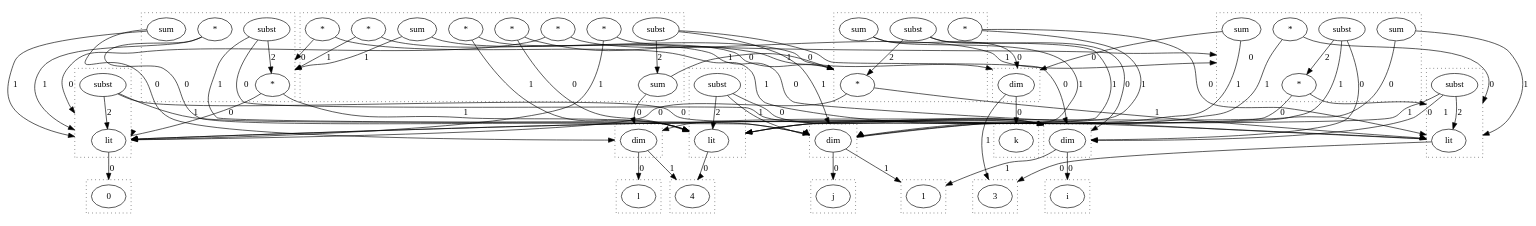
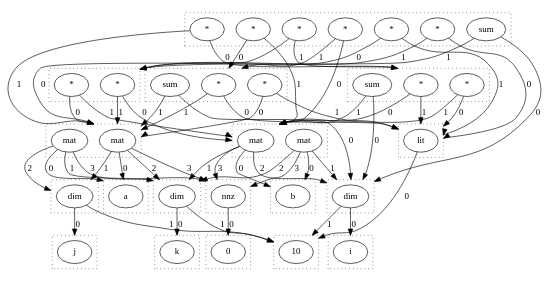
One commit to wormhole-optimization/warp changed the diagram in dots/test.dot. Above: the diagram before and after it, drawn with Graphviz. The commit also changed 8 other files, not shown here.

```diff
--- a/dots/test.dot
+++ b/dots/test.dot
@@ -1,168 +1,142 @@
 digraph {
   compound=true
   subgraph cluster_0 {
     style=dotted
-    0.0[label = "i"]
+    0.0[label = "a"]
   }
   subgraph cluster_1 {
     style=dotted
-    1.0[label = "1"]
+    1.0[label = "k"]
   }
   subgraph cluster_2 {
     style=dotted
-    2.0[label = "dim"]
+    2.0[label = "10"]
   }
   subgraph cluster_3 {
     style=dotted
-    3.0[label = "j"]
+    3.0[label = "dim"]
   }
   subgraph cluster_4 {
     style=dotted
-    4.0[label = "dim"]
+    4.0[label = "j"]
   }
   subgraph cluster_5 {
     style=dotted
-    5.0[label = "k"]
+    5.0[label = "dim"]
   }
   subgraph cluster_6 {
     style=dotted
-    6.0[label = "3"]
+    6.0[label = "0"]
   }
   subgraph cluster_7 {
     style=dotted
-    7.0[label = "dim"]
+    7.0[label = "nnz"]
   }
   subgraph cluster_8 {
     style=dotted
-    8.0[label = "l"]
+    8.0[label = "mat"]
+    8.1[label = "mat"]
   }
   subgraph cluster_9 {
     style=dotted
-    9.0[label = "4"]
+    9.0[label = "i"]
   }
   subgraph cluster_10 {
     style=dotted
     10.0[label = "dim"]
   }
   subgraph cluster_11 {
     style=dotted
-    11.0[label = "0"]
+    11.0[label = "b"]
   }
-  subgraph cluster_15 {
+  subgraph cluster_12 {
     style=dotted
-    15.0[label = "sum"]
-    15.1[label = "subst"]
-    15.2[label = "sum"]
-    15.3[label = "*"]
-    15.4[label = "*"]
-    15.5[label = "*"]
-    15.6[label = "*"]
-    15.7[label = "*"]
-    15.8[label = "*"]
+    12.0[label = "mat"]
+    12.1[label = "mat"]
+  }
+  subgraph cluster_13 {
+    style=dotted
+    13.0[label = "*"]
+    13.1[label = "sum"]
+    13.2[label = "*"]
+  }
+  subgraph cluster_14 {
+    style=dotted
+    14.0[label = "*"]
+    14.1[label = "*"]
+    14.2[label = "sum"]
+    14.3[label = "*"]
+    14.4[label = "*"]
+    14.5[label = "*"]
+    14.6[label = "*"]
   }
   subgraph cluster_18 {
     style=dotted
-    18.0[label = "*"]
-    18.1[label = "sum"]
-    18.2[label = "*"]
-    18.3[label = "subst"]
+    18.0[label = "lit"]
   }
   subgraph cluster_20 {
     style=dotted
     20.0[label = "*"]
-    20.1[label = "sum"]
-    20.2[label = "*"]
-    20.3[label = "subst"]
+    20.1[label = "*"]
   }
-  subgraph cluster_48 {
+  subgraph cluster_25 {
     style=dotted
-    48.0[label = "lit"]
-    48.1[label = "subst"]
+    25.0[label = "*"]
+    25.1[label = "*"]
+    25.2[label = "sum"]
   }
-  subgraph cluster_50 {
-    style=dotted
-    50.0[label = "lit"]
-    50.1[label = "subst"]
-  }
-  subgraph cluster_52 {
-    style=dotted
-    52.0[label = "lit"]
-    52.1[label = "subst"]
-  }
-  subgraph cluster_53 {
-    style=dotted
-    53.0[label = "*"]
-    53.1[label = "sum"]
-    53.2[label = "subst"]
-    53.3[label = "*"]
-    53.4[label = "sum"]
-  }
-  2.0 -> 0.0 [lhead = cluster_0, label = 0]
-  2.0 -> 1.0 [lhead = cluster_1, label = 1]
-  4.0 -> 3.0 [lhead = cluster_3, label = 0]
-  4.0 -> 1.0 [lhead = cluster_1, label = 1]
-  7.0 -> 5.0 [lhead = cluster_5, label = 0]
-  7.0 -> 6.0 [lhead = cluster_6, label = 1]
-  10.0 -> 8.0 [lhead = cluster_8, label = 0]
-  10.0 -> 9.0 [lhead = cluster_9, label = 1]
-  15.0 -> 10.0 [lhead = cluster_10, label = 0]
-  15.0 -> 18.0 [lhead = cluster_18, label = 1]
-  15.1 -> 2.0 [lhead = cluster_2, label = 0]
-  15.1 -> 4.0 [lhead = cluster_4, label = 1]
-  15.1 -> 15.0 [lhead = cluster_15, label = 2]
-  15.2 -> 7.0 [lhead = cluster_7, label = 0]
-  15.2 -> 20.0 [lhead = cluster_20, label = 1]
-  15.3 -> 18.0 [lhead = cluster_18, label = 0]
-  15.3 -> 48.0 [lhead = cluster_48, label = 1]
-  15.4 -> 20.0 [lhead = cluster_20, label = 0]
-  15.4 -> 50.0 [lhead = cluster_50, label = 1]
-  15.5 -> 48.0 [lhead = cluster_48, label = 0]
-  15.5 -> 18.0 [lhead = cluster_18, label = 1]
-  15.6 -> 50.0 [lhead = cluster_50, label = 0]
-  15.6 -> 20.0 [lhead = cluster_20, label = 1]
-  15.7 -> 52.0 [lhead = cluster_52, label = 0]
-  15.7 -> 53.0 [lhead = cluster_53, label = 1]
-  15.8 -> 53.0 [lhead = cluster_53, label = 0]
-  15.8 -> 52.0 [lhead = cluster_52, label = 1]
-  18.0 -> 52.0 [lhead = cluster_52, label = 0]
-  18.0 -> 50.0 [lhead = cluster_50, label = 1]
-  18.1 -> 7.0 [lhead = cluster_7, label = 0]
-  18.1 -> 52.0 [lhead = cluster_52, label = 1]
-  18.2 -> 50.0 [lhead = cluster_50, label = 0]
-  18.2 -> 52.0 [lhead = cluster_52, label = 1]
-  18.3 -> 2.0 [lhead = cluster_2, label = 0]
-  18.3 -> 4.0 [lhead = cluster_4, label = 1]
-  18.3 -> 18.0 [lhead = cluster_18, label = 2]
-  20.0 -> 52.0 [lhead = cluster_52, label = 0]
-  20.0 -> 48.0 [lhead = cluster_48, label = 1]
-  20.1 -> 10.0 [lhead = cluster_10, label = 0]
-  20.1 -> 52.0 [lhead = cluster_52, label = 1]
-  20.2 -> 48.0 [lhead = cluster_48, label = 0]
-  20.2 -> 52.0 [lhead = cluster_52, label = 1]
-  20.3 -> 2.0 [lhead = cluster_2, label = 0]
-  20.3 -> 4.0 [lhead = cluster_4, label = 1]
-  20.3 -> 20.0 [lhead = cluster_20, label = 2]
-  48.0 -> 9.0 [lhead = cluster_9, label = 0]
-  48.1 -> 2.0 [lhead = cluster_2, label = 0]
-  48.1 -> 4.0 [lhead = cluster_4, label = 1]
-  48.1 -> 48.0 [lhead = cluster_48, label = 2]
-  50.0 -> 6.0 [lhead = cluster_6, label = 0]
-  50.1 -> 2.0 [lhead = cluster_2, label = 0]
-  50.1 -> 4.0 [lhead = cluster_4, label = 1]
-  50.1 -> 50.0 [lhead = cluster_50, label = 2]
-  52.0 -> 11.0 [lhead = cluster_11, label = 0]
-  52.1 -> 2.0 [lhead = cluster_2, label = 0]
-  52.1 -> 4.0 [lhead = cluster_4, label = 1]
-  52.1 -> 52.0 [lhead = cluster_52, label = 2]
-  53.0 -> 48.0 [lhead = cluster_48, label = 0]
-  53.0 -> 50.0 [lhead = cluster_50, label = 1]
-  53.1 -> 7.0 [lhead = cluster_7, label = 0]
-  53.1 -> 48.0 [lhead = cluster_48, label = 1]
-  53.2 -> 2.0 [lhead = cluster_2, label = 0]
-  53.2 -> 4.0 [lhead = cluster_4, label = 1]
-  53.2 -> 53.0 [lhead = cluster_53, label = 2]
-  53.3 -> 50.0 [lhead = cluster_50, label = 0]
-  53.3 -> 48.0 [lhead = cluster_48, label = 1]
-  53.4 -> 10.0 [lhead = cluster_10, label = 0]
-  53.4 -> 50.0 [lhead = cluster_50, label = 1]
+  3.0 -> 1.0 [lhead = cluster_1, label = 0]
+  3.0 -> 2.0 [lhead = cluster_2, label = 1]
+  5.0 -> 4.0 [lhead = cluster_4, label = 0]
+  5.0 -> 2.0 [lhead = cluster_2, label = 1]
+  7.0 -> 6.0 [lhead = cluster_6, label = 0]
+  8.0 -> 0.0 [lhead = cluster_0, label = 0]
+  8.0 -> 5.0 [lhead = cluster_5, label = 1]
+  8.0 -> 3.0 [lhead = cluster_3, label = 2]
+  8.0 -> 7.0 [lhead = cluster_7, label = 3]
+  8.1 -> 0.0 [lhead = cluster_0, label = 0]
+  8.1 -> 3.0 [lhead = cluster_3, label = 1]
+  8.1 -> 5.0 [lhead = cluster_5, label = 2]
+  8.1 -> 7.0 [lhead = cluster_7, label = 3]
+  10.0 -> 9.0 [lhead = cluster_9, label = 0]
+  10.0 -> 2.0 [lhead = cluster_2, label = 1]
+  12.0 -> 11.0 [lhead = cluster_11, label = 0]
+  12.0 -> 3.0 [lhead = cluster_3, label = 1]
+  12.0 -> 10.0 [lhead = cluster_10, label = 2]
+  12.0 -> 7.0 [lhead = cluster_7, label = 3]
+  12.1 -> 11.0 [lhead = cluster_11, label = 0]
+  12.1 -> 10.0 [lhead = cluster_10, label = 1]
+  12.1 -> 3.0 [lhead = cluster_3, label = 2]
+  12.1 -> 7.0 [lhead = cluster_7, label = 3]
+  13.0 -> 12.0 [lhead = cluster_12, label = 0]
+  13.0 -> 18.0 [lhead = cluster_18, label = 1]
+  13.1 -> 10.0 [lhead = cluster_10, label = 0]
+  13.1 -> 12.0 [lhead = cluster_12, label = 1]
+  13.2 -> 18.0 [lhead = cluster_18, label = 0]
+  13.2 -> 12.0 [lhead = cluster_12, label = 1]
+  14.0 -> 13.0 [lhead = cluster_13, label = 0]
+  14.0 -> 8.0 [lhead = cluster_8, label = 1]
+  14.1 -> 8.0 [lhead = cluster_8, label = 0]
+  14.1 -> 13.0 [lhead = cluster_13, label = 1]
+  14.2 -> 10.0 [lhead = cluster_10, label = 0]
+  14.2 -> 20.0 [lhead = cluster_20, label = 1]
+  14.3 -> 20.0 [lhead = cluster_20, label = 0]
+  14.3 -> 18.0 [lhead = cluster_18, label = 1]
+  14.4 -> 25.0 [lhead = cluster_25, label = 0]
+  14.4 -> 12.0 [lhead = cluster_12, label = 1]
+  14.5 -> 12.0 [lhead = cluster_12, label = 0]
+  14.5 -> 25.0 [lhead = cluster_25, label = 1]
+  14.6 -> 18.0 [lhead = cluster_18, label = 0]
+  14.6 -> 20.0 [lhead = cluster_20, label = 1]
+  18.0 -> 2.0 [lhead = cluster_2, label = 0]
+  20.0 -> 12.0 [lhead = cluster_12, label = 0]
+  20.0 -> 8.0 [lhead = cluster_8, label = 1]
+  20.1 -> 8.0 [lhead = cluster_8, label = 0]
+  20.1 -> 12.0 [lhead = cluster_12, label = 1]
+  25.0 -> 18.0 [lhead = cluster_18, label = 0]
+  25.0 -> 8.0 [lhead = cluster_8, label = 1]
+  25.1 -> 8.0 [lhead = cluster_8, label = 0]
+  25.1 -> 18.0 [lhead = cluster_18, label = 1]
+  25.2 -> 10.0 [lhead = cluster_10, label = 0]
+  25.2 -> 8.0 [lhead = cluster_8, label = 1]
 }
```
